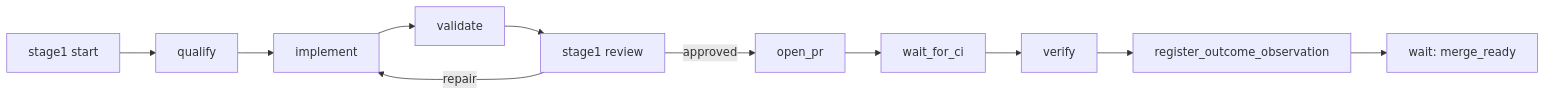
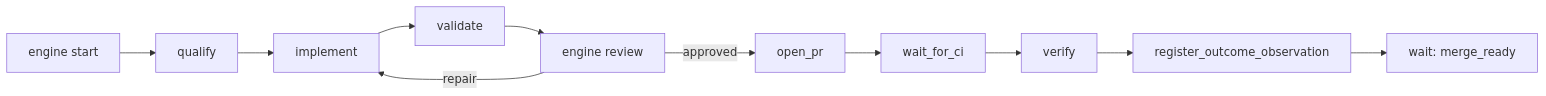
One commit to Mathews-Tom/Enginery changed the diagram in docs/operations.md. Above: the diagram before and after it, drawn with Mermaid. The commit also changed other lines of this file and 9 other files, not shown here.

````diff
--- a/docs/operations.md
+++ b/docs/operations.md
@@ -1251,13 +1259,13 @@
 ```mermaid
 flowchart LR
-    Start[stage1 start] --> Qualify[qualify]
+    Start[engine start] --> Qualify[qualify]
     Qualify --> Implement[implement]
     Implement --> Validate[validate]
-    Validate --> Review[stage1 review]
+    Validate --> Review[engine review]
     Review -->|approved| OpenPR[open_pr]
     Review -->|repair| Implement
     OpenPR --> WaitCI[wait_for_ci]
     WaitCI --> Verify[verify]
     Verify --> Register[register_outcome_observation]
     Register --> Wait[wait: merge_ready]
 ```
````
